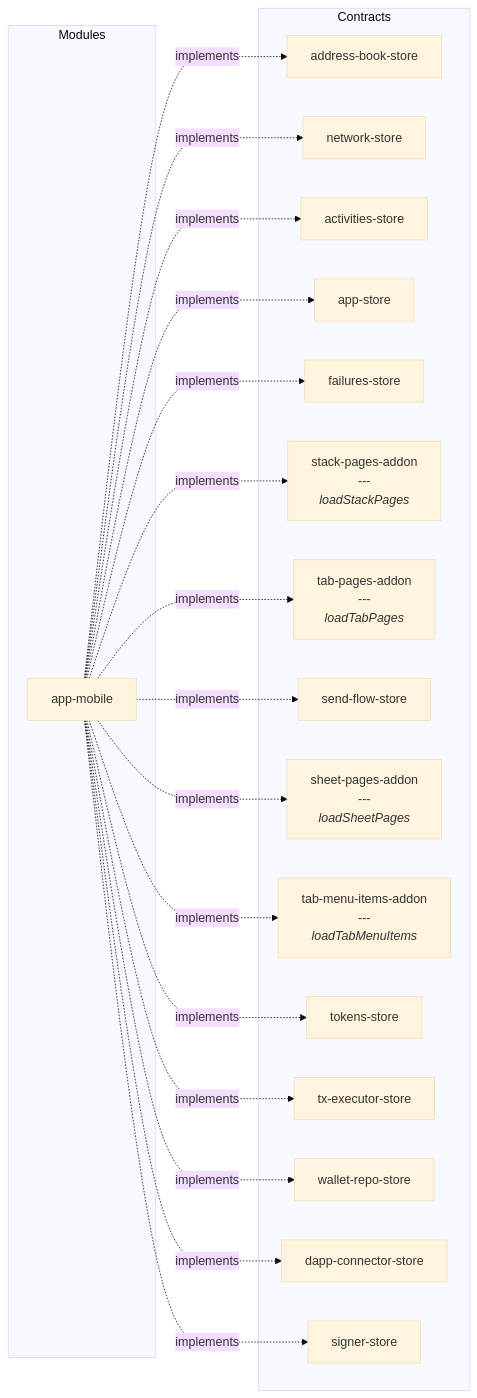
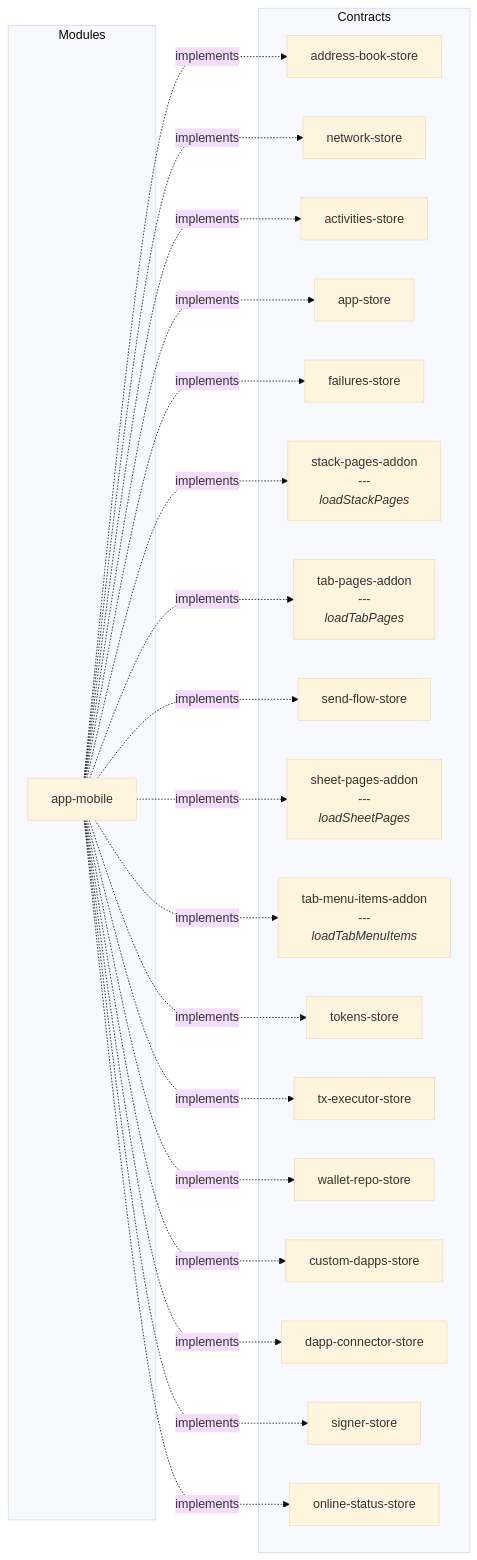
Before and after one commit to input-output-hk/lace: diagram 15 of 31 in docs/contracts-and-modules.md, drawn with Mermaid (base theme). The commit also changed other lines of this file and 1287 other files, not shown here.

````diff
--- a/docs/contracts-and-modules.md
+++ b/docs/contracts-and-modules.md
@@ -330,38 +318,42 @@
 ```mermaid
 graph LR
   subgraph Contracts
     address-book-store["address-book-store"]
     network-store["network-store"]
     activities-store["activities-store"]
     app-store["app-store"]
     failures-store["failures-store"]
     stack-pages-addon["stack-pages-addon<br/>---<br/><i>loadStackPages</i>"]
     tab-pages-addon["tab-pages-addon<br/>---<br/><i>loadTabPages</i>"]
     send-flow-store["send-flow-store"]
     sheet-pages-addon["sheet-pages-addon<br/>---<br/><i>loadSheetPages</i>"]
     tab-menu-items-addon["tab-menu-items-addon<br/>---<br/><i>loadTabMenuItems</i>"]
     tokens-store["tokens-store"]
     tx-executor-store["tx-executor-store"]
     wallet-repo-store["wallet-repo-store"]
+    custom-dapps-store["custom-dapps-store"]
     dapp-connector-store["dapp-connector-store"]
     signer-store["signer-store"]
+    online-status-store["online-status-store"]
   end
   subgraph Modules
     module_0["app-mobile"]
   end
   module_0 -.->|implements| address-book-store
   module_0 -.->|implements| network-store
   module_0 -.->|implements| activities-store
   module_0 -.->|implements| app-store
   module_0 -.->|implements| failures-store
   module_0 -.->|implements| stack-pages-addon
   module_0 -.->|implements| tab-pages-addon
   module_0 -.->|implements| send-flow-store
   module_0 -.->|implements| sheet-pages-addon
   module_0 -.->|implements| tab-menu-items-addon
   module_0 -.->|implements| tokens-store
   module_0 -.->|implements| tx-executor-store
   module_0 -.->|implements| wallet-repo-store
+  module_0 -.->|implements| custom-dapps-store
   module_0 -.->|implements| dapp-connector-store
   module_0 -.->|implements| signer-store
+  module_0 -.->|implements| online-status-store
 ```
````
